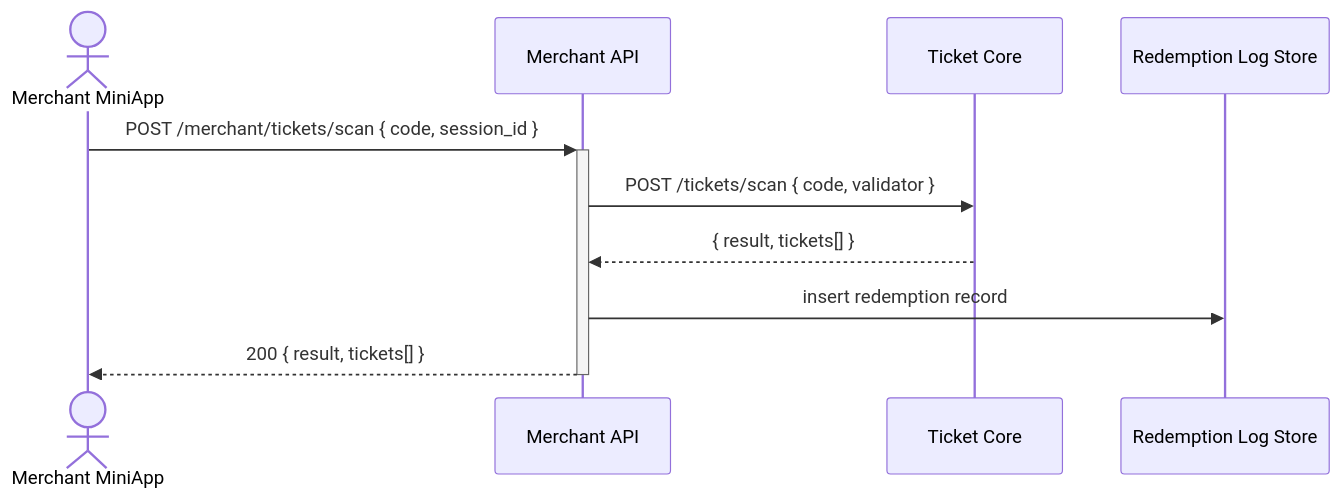
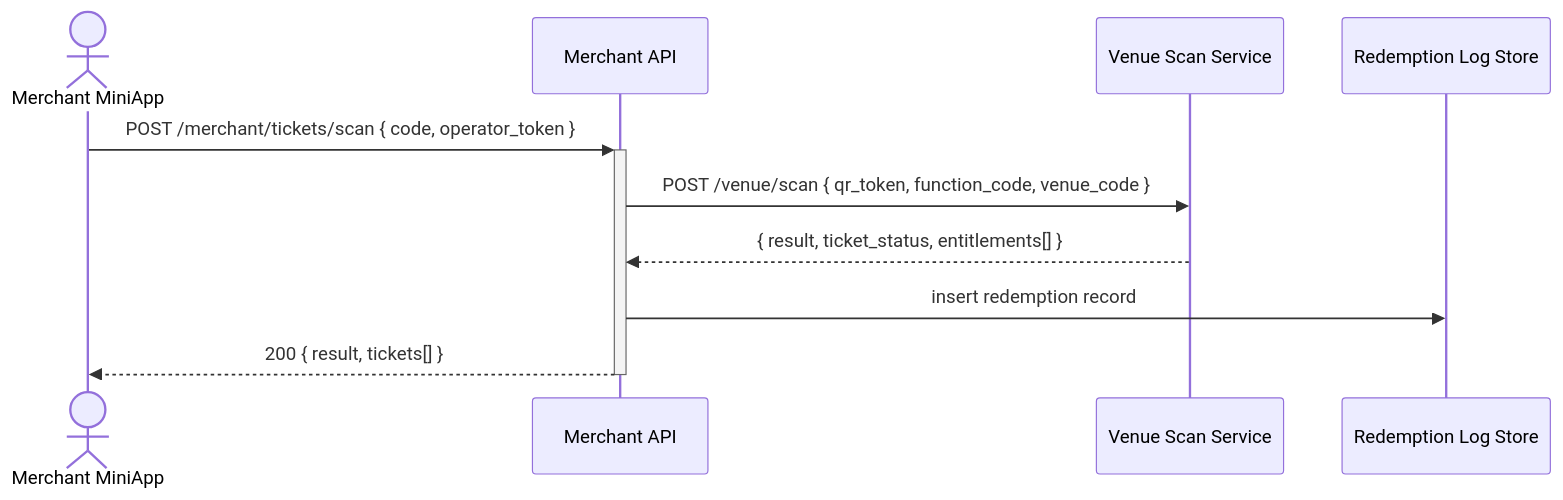
Before and after one commit to ahadu777/dudu-backend: the diagram in docs/cards/merchant-redemption-console.md, drawn with Mermaid. The commit also changed other lines of this file and 17 other files, not shown here.

````diff
--- a/docs/cards/merchant-redemption-console.md
+++ b/docs/cards/merchant-redemption-console.md
@@ -31,12 +33,12 @@
 ```mermaid
 sequenceDiagram
   actor MERCHANT as Merchant MiniApp
   participant API as Merchant API
-  participant CORE as Ticket Core
+  participant CORE as Venue Scan Service
   participant LOG as Redemption Log Store
-  MERCHANT->>+API: POST /merchant/tickets/scan { code, session_id }
-  API->>CORE: POST /tickets/scan { code, validator }
-  CORE-->>API: { result, tickets[] }
+  MERCHANT->>+API: POST /merchant/tickets/scan { code, operator_token }
+  API->>CORE: POST /venue/scan { qr_token, function_code, venue_code }
+  CORE-->>API: { result, ticket_status, entitlements[] }
   API->>LOG: insert redemption record
   API-->>-MERCHANT: 200 { result, tickets[] }
 ```
````
